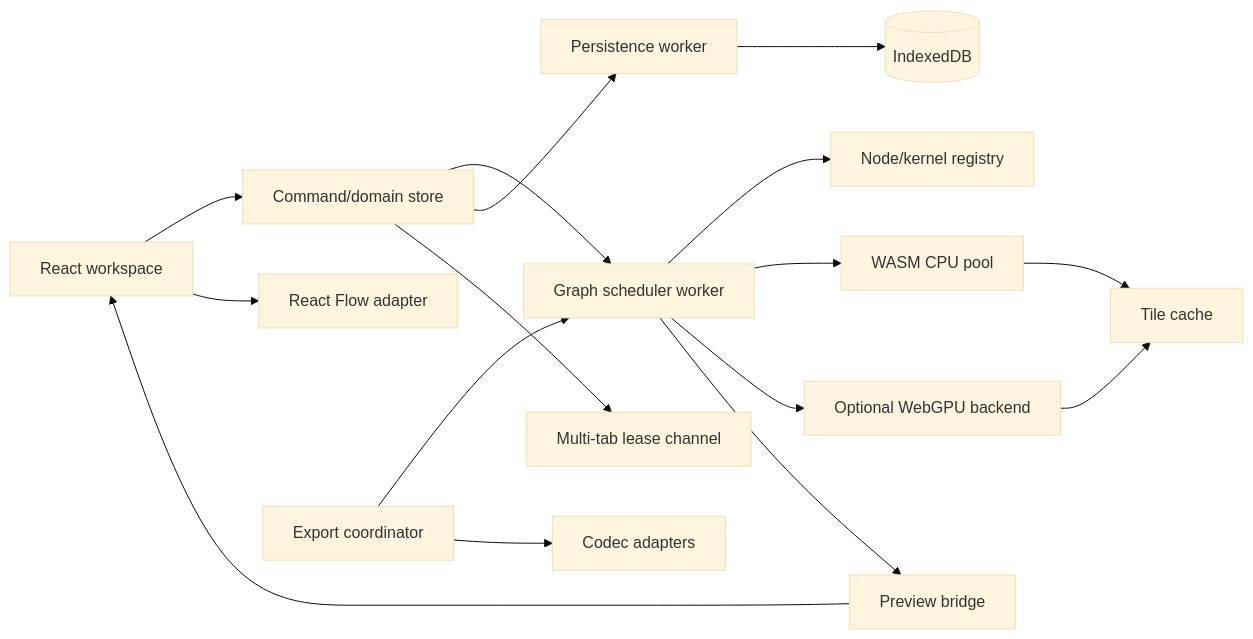
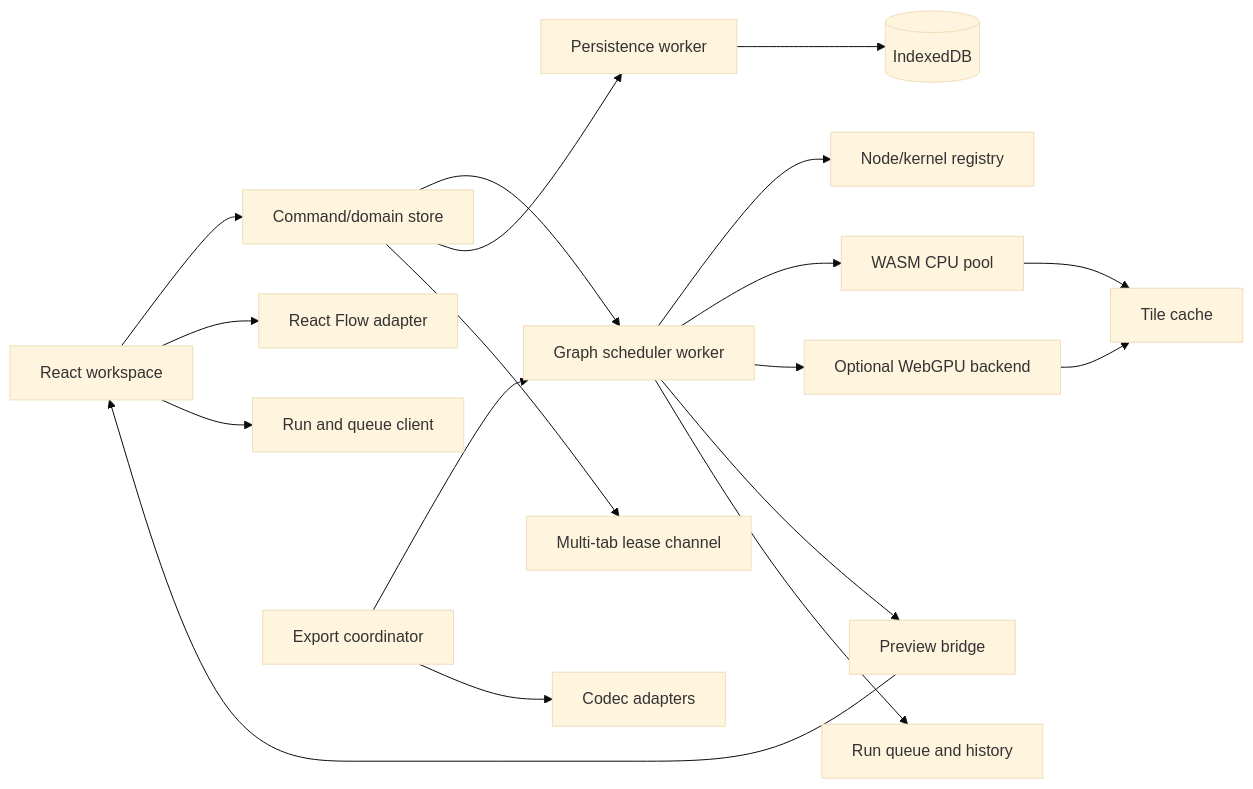
The diagram in documentation/05-architecture-runtime-persistence.md (prabinpebam/2d-texture-map-composition), drawn with Mermaid (base theme) before and after one commit. The commit also changed other lines of this file and 9 other files, not shown here.

````diff
--- a/documentation/05-architecture-runtime-persistence.md
+++ b/documentation/05-architecture-runtime-persistence.md
@@ -32,18 +32,20 @@
 ```mermaid
 flowchart LR
     UI[React workspace] --> CMD[Command/domain store]
     UI --> RF[React Flow adapter]
+    UI --> RUN[Run and queue client]
     CMD --> SCH[Graph scheduler worker]
     CMD --> DB[Persistence worker]
     SCH --> REG[Node/kernel registry]
     SCH --> CPU[WASM CPU pool]
     SCH --> GPU[Optional WebGPU backend]
     CPU --> CACHE[Tile cache]
     GPU --> CACHE
     SCH --> PREV[Preview bridge]
+    SCH --> QUEUE[Run queue and history]
     PREV --> UI
     DB --> IDB[(IndexedDB)]
     CMD --> CH[Multi-tab lease channel]
     EXP[Export coordinator] --> SCH
     EXP --> CODEC[Codec adapters]
 ```
````
